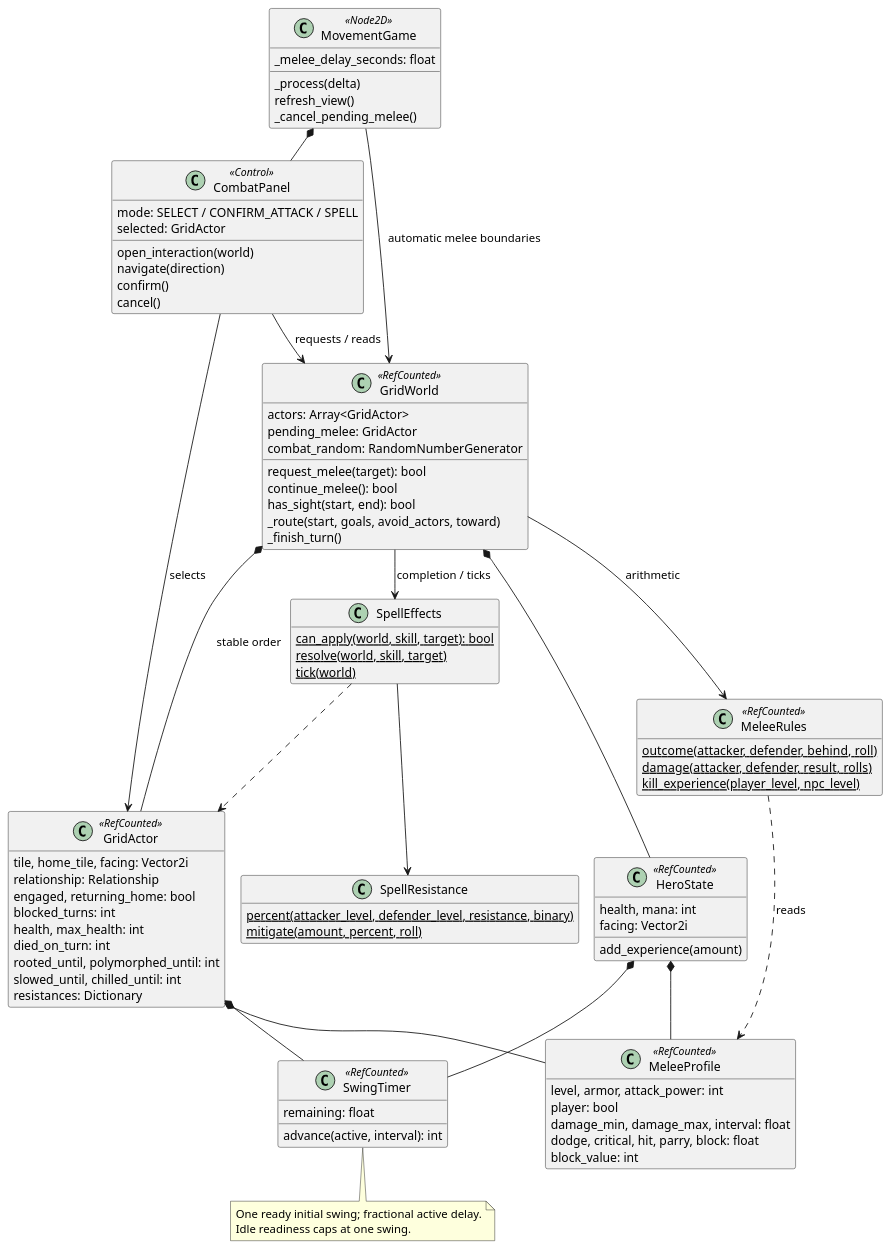
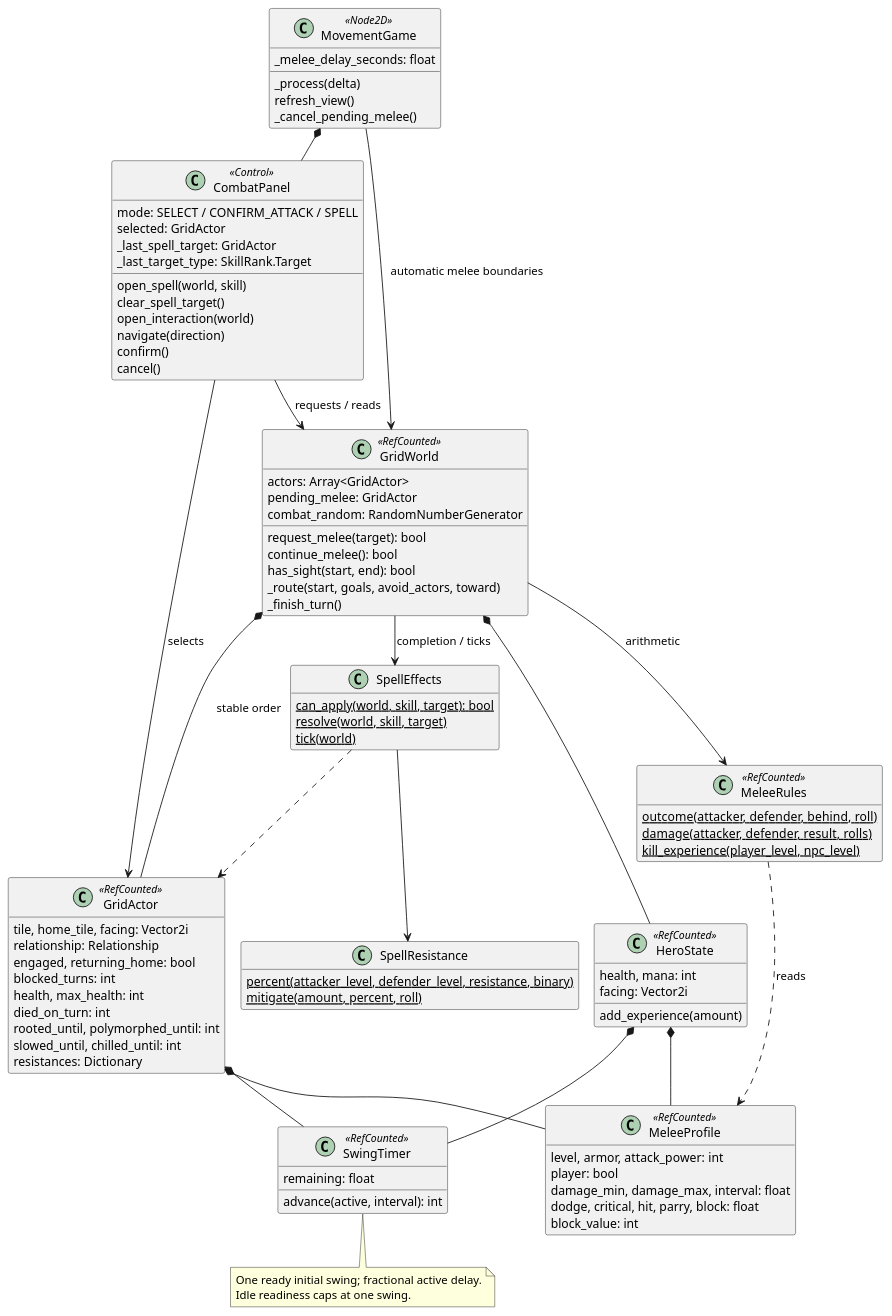
One commit to VHonzik/Ostinato changed the diagram in docs/architecture/classes/combat.puml. Above: the diagram before and after it, drawn with PlantUML. The commit also changed 37 other files, not shown here.

```diff
--- a/docs/architecture/classes/combat.puml
+++ b/docs/architecture/classes/combat.puml
@@ -1,94 +1,98 @@
 @startuml
 !pragma layout smetana
 skinparam shadowing false
 skinparam classAttributeIconSize 0
 hide empty members
 
 class MovementGame <<Node2D>> {
   _melee_delay_seconds: float
   _process(delta)
   refresh_view()
   _cancel_pending_melee()
 }
 class CombatPanel <<Control>> {
   mode: SELECT / CONFIRM_ATTACK / SPELL
   selected: GridActor
+  _last_spell_target: GridActor
+  _last_target_type: SkillRank.Target
+  open_spell(world, skill)
+  clear_spell_target()
   open_interaction(world)
   navigate(direction)
   confirm()
   cancel()
 }
 class GridWorld <<RefCounted>> {
   actors: Array<GridActor>
   pending_melee: GridActor
   combat_random: RandomNumberGenerator
   request_melee(target): bool
   continue_melee(): bool
   has_sight(start, end): bool
   _route(start, goals, avoid_actors, toward)
   _finish_turn()
 }
 class GridActor <<RefCounted>> {
   tile, home_tile, facing: Vector2i
   relationship: Relationship
   engaged, returning_home: bool
   blocked_turns: int
   health, max_health: int
   died_on_turn: int
   rooted_until, polymorphed_until: int
   slowed_until, chilled_until: int
   resistances: Dictionary
 }
 class HeroState <<RefCounted>> {
   health, mana: int
   facing: Vector2i
   add_experience(amount)
 }
 class MeleeProfile <<RefCounted>> {
   level, armor, attack_power: int
   player: bool
   damage_min, damage_max, interval: float
   dodge, critical, hit, parry, block: float
   block_value: int
 }
 class SwingTimer <<RefCounted>> {
   remaining: float
   advance(active, interval): int
 }
 class MeleeRules <<RefCounted>> {
   {static} outcome(attacker, defender, behind, roll)
   {static} damage(attacker, defender, result, rolls)
   {static} kill_experience(player_level, npc_level)
 }
 
 class SpellEffects {
   {static} can_apply(world, skill, target): bool
   {static} resolve(world, skill, target)
   {static} tick(world)
 }
 class SpellResistance {
   {static} percent(attacker_level, defender_level, resistance, binary)
   {static} mitigate(amount, percent, roll)
 }
 GridWorld --> SpellEffects : completion / ticks
 SpellEffects --> SpellResistance
 SpellEffects ..> GridActor
 
 MovementGame *-- CombatPanel
 MovementGame --> GridWorld : automatic melee boundaries
 CombatPanel --> GridWorld : requests / reads
 CombatPanel --> GridActor : selects
 GridWorld *-- GridActor : stable order
 GridWorld *-- HeroState
 GridWorld --> MeleeRules : arithmetic
 GridActor *-- MeleeProfile
 HeroState *-- MeleeProfile
 GridActor *-- SwingTimer
 HeroState *-- SwingTimer
 MeleeRules ..> MeleeProfile : reads
 
 note bottom of SwingTimer
 One ready initial swing; fractional active delay.
 Idle readiness caps at one swing.
 end note
 @enduml
```
